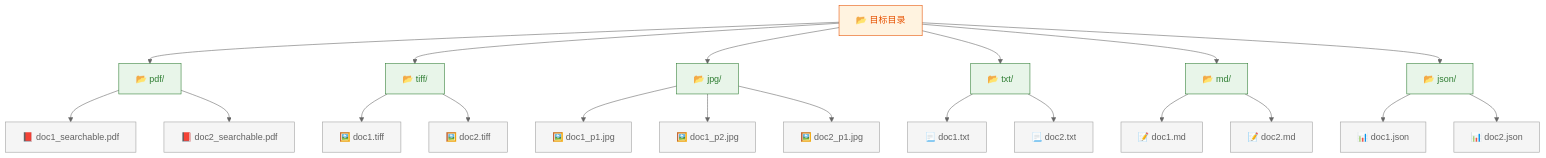
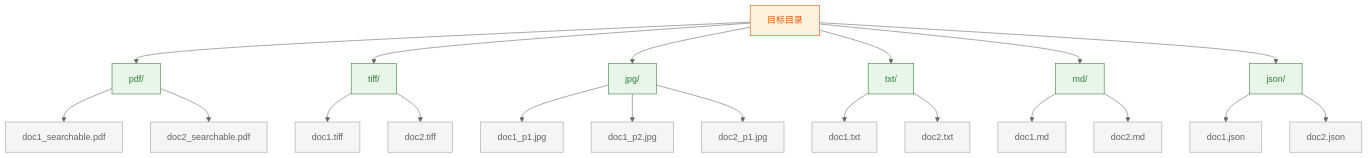
One commit to Terryhelium/pdf2searchable changed the fifth of 6 diagrams in ARCHITECTURE.md. Above: the diagram before and after it, drawn with Mermaid (neutral theme). The commit also changed other lines of this file, not shown here.

First line of the commit message:
fix: make mermaid diagrams compatible with Typora

````diff
--- a/ARCHITECTURE.md
+++ b/ARCHITECTURE.md
@@ -254,36 +257,36 @@
 ```mermaid
 graph TB
-    Dest["📂 目标目录"] --> pdf["📂 pdf/"]
-    Dest --> tiff["📂 tiff/"]
-    Dest --> jpg["📂 jpg/"]
-    Dest --> txt["📂 txt/"]
-    Dest --> md["📂 md/"]
-    Dest --> json["📂 json/"]
+    Dest["目标目录"] --> pdf["pdf/"]
+    Dest --> tiff["tiff/"]
+    Dest --> jpg["jpg/"]
+    Dest --> txt["txt/"]
+    Dest --> md["md/"]
+    Dest --> json["json/"]
 
-    pdf --> p1["📕 doc1_searchable.pdf"]
-    pdf --> p2["📕 doc2_searchable.pdf"]
+    pdf --> p1["doc1_searchable.pdf"]
+    pdf --> p2["doc2_searchable.pdf"]
 
-    tiff --> t1["🖼️ doc1.tiff"]
-    tiff --> t2["🖼️ doc2.tiff"]
+    tiff --> t1["doc1.tiff"]
+    tiff --> t2["doc2.tiff"]
 
-    jpg --> j1["🖼️ doc1_p1.jpg"]
-    jpg --> j2["🖼️ doc1_p2.jpg"]
-    jpg --> j3["🖼️ doc2_p1.jpg"]
+    jpg --> j1["doc1_p1.jpg"]
+    jpg --> j2["doc1_p2.jpg"]
+    jpg --> j3["doc2_p1.jpg"]
 
-    txt --> x1["📃 doc1.txt"]
-    txt --> x2["📃 doc2.txt"]
+    txt --> x1["doc1.txt"]
+    txt --> x2["doc2.txt"]
 
-    md --> m1["📝 doc1.md"]
-    md --> m2["📝 doc2.md"]
+    md --> m1["doc1.md"]
+    md --> m2["doc2.md"]
 
-    json --> s1["📊 doc1.json"]
-    json --> s2["📊 doc2.json"]
+    json --> s1["doc1.json"]
+    json --> s2["doc2.json"]
 
     classDef root fill:#fff3e0,stroke:#e65100,color:#e65100
     classDef dir fill:#e8f5e9,stroke:#2e7d32,color:#2e7d32
     classDef file fill:#f5f5f5,stroke:#9e9e9e,color:#616161
 
     class Dest root
     class pdf,tiff,jpg,txt,md,json dir
     class p1,p2,t1,t2,j1,j2,j3,x1,x2,m1,m2,s1,s2 file
 ```
````
